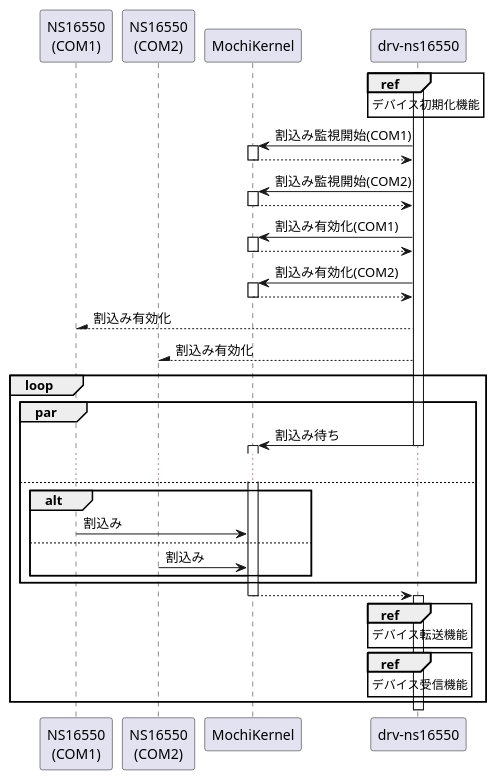
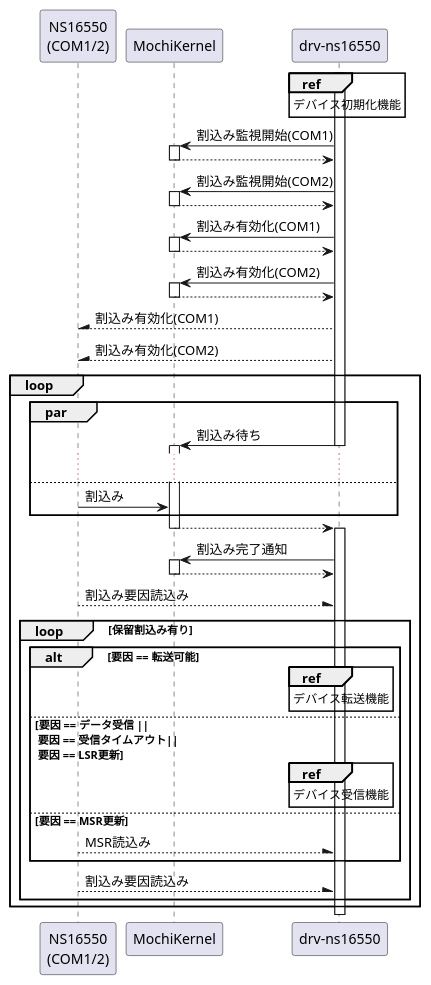
One commit to MasterMochi/drv-ns16550 changed the diagram in docs/docs/external/devint/sequence.puml. Above: the diagram before and after it, drawn with PlantUML. The commit also changed 13 other files, not shown here.

```diff
--- a/docs/docs/external/devint/sequence.puml
+++ b/docs/docs/external/devint/sequence.puml
@@ -1,61 +1,72 @@
 @startuml
 
-participant "NS16550\n(COM1)" as dev1
-participant "NS16550\n(COM2)" as dev2
-participant "MochiKernel"     as kernel
-participant "drv-ns16550"     as drv
+participant "NS16550\n(COM1/2)" as dev
+participant "MochiKernel"       as kernel
+participant "drv-ns16550"       as drv
 
 activate drv
 ref over drv
     デバイス初期化機能
 end ref
 
 kernel <- drv: 割込み監視開始(COM1)
 activate kernel
 kernel --> drv:
 deactivate kernel
 kernel <- drv: 割込み監視開始(COM2)
 activate kernel
 kernel --> drv:
 deactivate kernel
 
 kernel <- drv: 割込み有効化(COM1)
 activate kernel
 kernel --> drv:
 deactivate kernel
 kernel <- drv: 割込み有効化(COM2)
 activate kernel
 kernel --> drv:
 deactivate kernel
 
-dev1 /-- drv: 割込み有効化
-dev2 /-- drv: 割込み有効化
+dev /-- drv: 割込み有効化(COM1)
+dev /-- drv: 割込み有効化(COM2)
 
 loop
     par
         kernel <- drv: 割込み待ち
         deactivate drv
         activate kernel
 
         ...
     else
-        alt
-            dev1 -> kernel: 割込み
-        else
-            dev2 -> kernel: 割込み
-        end alt
+        dev -> kernel: 割込み
     end par
 
     kernel --> drv:
     deactivate kernel
     activate drv
 
-    ref over drv
-        デバイス転送機能
-    end ref
-    ref over drv
-        デバイス受信機能
-    end ref
+    kernel <- drv: 割込み完了通知
+    activate kernel
+    kernel --> drv:
+    deactivate kernel
+
+    dev --\ drv: 割込み要因読込み
+
+    loop 保留割込み有り
+        alt 要因 == 転送可能
+            ref over drv
+                デバイス転送機能
+            end ref
+        else 要因 == データ受信 ||\n 要因 == 受信タイムアウト||\n 要因 == LSR更新
+            ref over drv
+                デバイス受信機能
+            end ref
+        else 要因 == MSR更新
+            dev --\ drv: MSR読込み
+        end alt
+
+        dev --\ drv: 割込み要因読込み
+    end loop
 end loop
 
 @enduml
```
